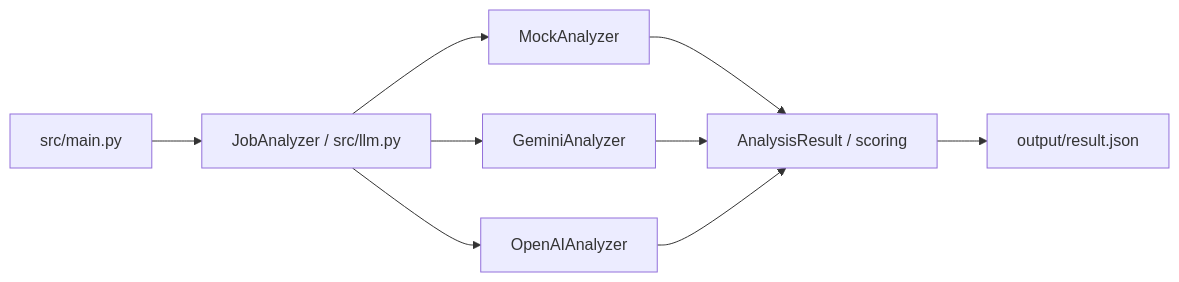
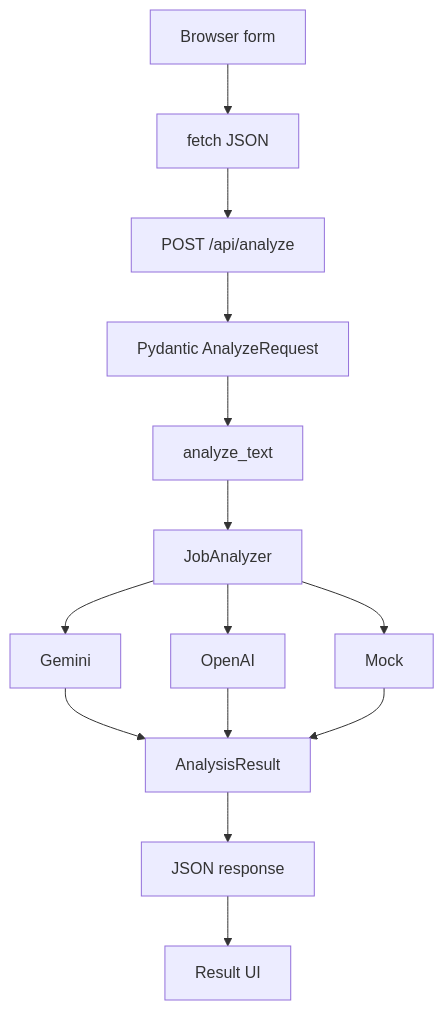
One commit to tegarokta10/ai-job-research changed the diagram in docs/05-architecture.md. Above: the diagram before and after it, drawn with Mermaid. The commit also changed other lines of this file and 19 other files, not shown here.

````diff
--- a/docs/05-architecture.md
+++ b/docs/05-architecture.md
@@ -18,11 +18,16 @@
 ```mermaid
-flowchart LR
-    MAIN[src/main.py] --> IFACE[JobAnalyzer / src/llm.py]
-    IFACE --> MOCK[MockAnalyzer]
-    IFACE --> GEMINI[GeminiAnalyzer]
-    IFACE --> OPENAI[OpenAIAnalyzer]
-    MOCK --> SCHEMA[AnalysisResult / scoring]
-    GEMINI --> SCHEMA
-    OPENAI --> SCHEMA
-    SCHEMA --> OUTPUT[output/result.json]
+flowchart TD
+    FORM[Browser form] --> FETCH[fetch JSON]
+    FETCH --> API[POST /api/analyze]
+    API --> REQ[Pydantic AnalyzeRequest]
+    REQ --> CORE[analyze_text]
+    CORE --> PROVIDER[JobAnalyzer]
+    PROVIDER --> GEM[Gemini]
+    PROVIDER --> OAI[OpenAI]
+    PROVIDER --> MOCK[Mock]
+    GEM --> RESULT[AnalysisResult]
+    OAI --> RESULT
+    MOCK --> RESULT
+    RESULT --> JSON[JSON response]
+    JSON --> VIEW[Result UI]
 ```
````
